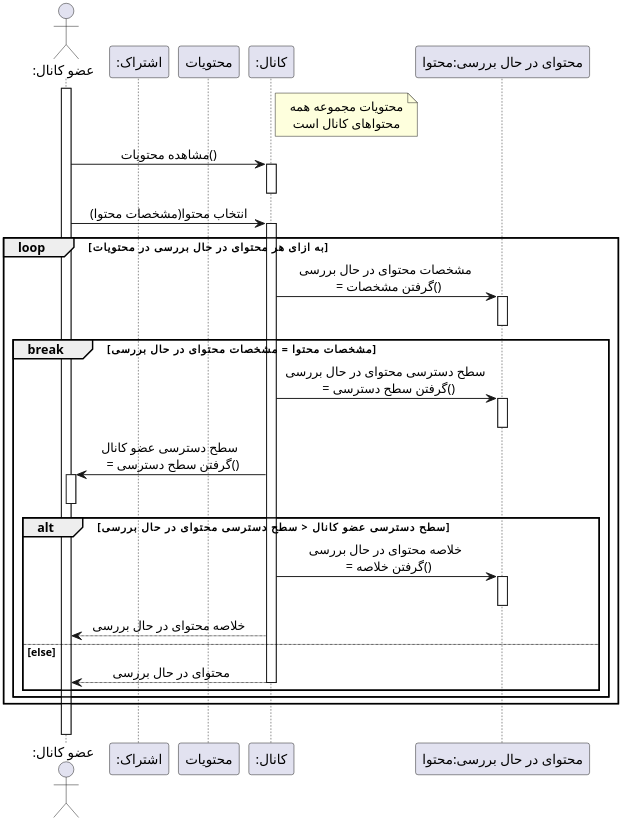
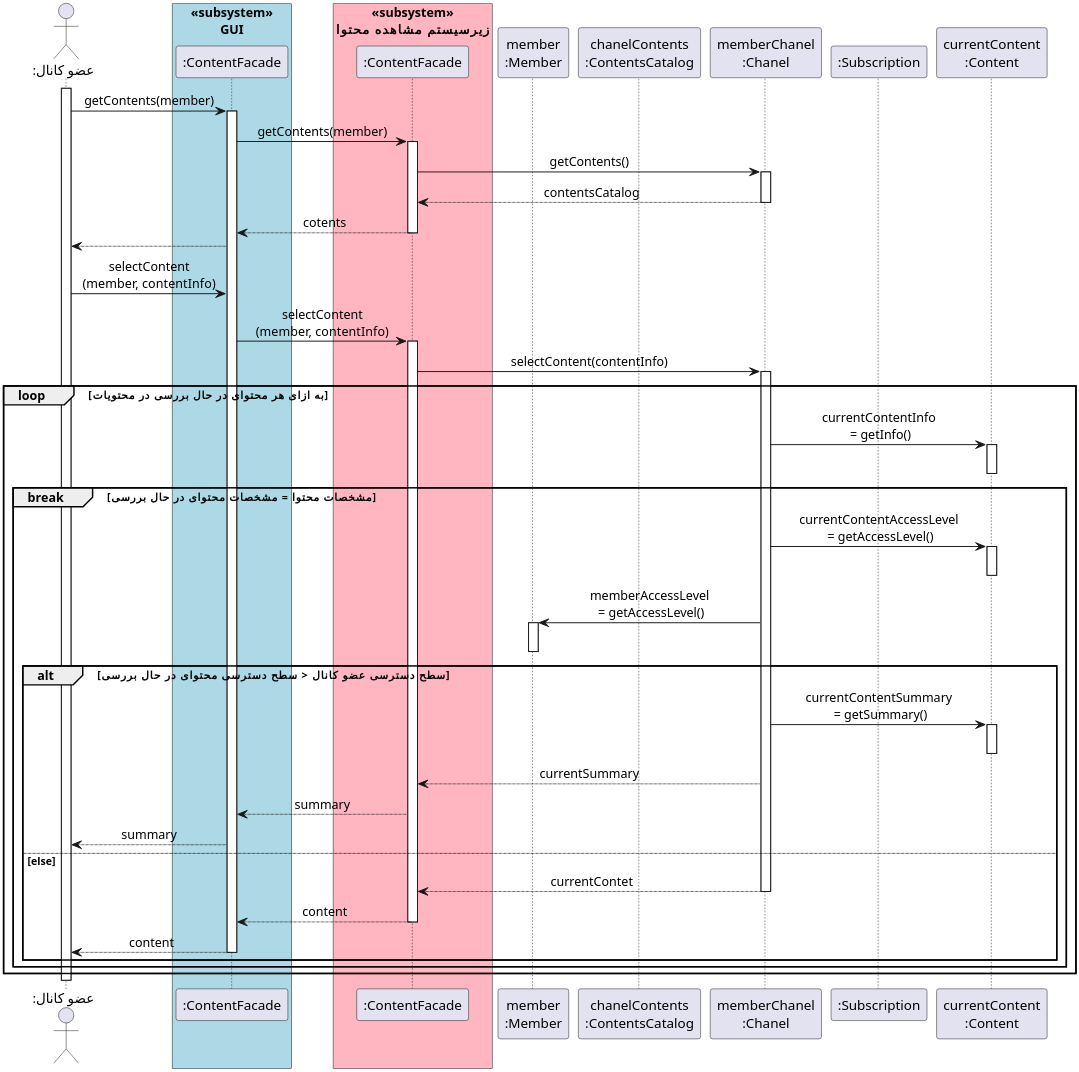
One commit to soleyman79/Qasedak changed the diagram in Diagrams/Design Sequence/SeeContent.puml. Above: the diagram before and after it, drawn with PlantUML.

Commit message:
Add see content

```diff
--- a/Diagrams/Design Sequence/SeeContent.puml
+++ b/Diagrams/Design Sequence/SeeContent.puml
@@ -1,59 +1,76 @@
 @startuml see_content
 
 
 scale 3
 skinparam DefaultFontName Vazir
 skinparam DefaultTextAlignment center
 
 
 actor ":عضو کانال" as member
-participant ":اشتراک" as subscription
-participant "محتویات" as contents
-participant ":کانال" as chanel
-participant "محتوای در حال بررسی:محتوا" as current_content
+box "«subsystem»\nGUI" #LightBlue
+participant ":ContentFacade" as ui
+end box
+box "«subsystem»\nزیرسیستم مشاهده محتوا" #LightPink
+participant ":ContentFacade" as contentFacade
+end box
+participant "member\n:Member" as memberObj
+participant "chanelContents\n:ContentsCatalog" as contents
+participant "memberChanel\n:Chanel" as chanel
+participant ":Subscription" as subscription
+participant "currentContent\n:Content" as currentContent
 
-note right chanel
-محتویات مجموعه همه
-محتواهای کانال است
-end note
 
 activate member
-member -> chanel : مشاهده محتویات()
+member -> ui: getContents(member)
+activate ui
+ui -> contentFacade: getContents(member)
+activate contentFacade
+contentFacade -> chanel: getContents()
 activate chanel
+chanel --> contentFacade: contentsCatalog
 deactivate chanel
+contentFacade --> ui: cotents
+deactivate contentFacade
+ui --> member
 
-member -> chanel : انتخاب محتوا(مشخصات محتوا)
+member -> ui : selectContent\n(member, contentInfo)
+ui -> contentFacade: selectContent\n(member, contentInfo)
+activate contentFacade
+contentFacade -> chanel: selectContent(contentInfo)
 activate chanel
-
 loop به ازای هر محتوای در حال بررسی در محتویات
-    chanel -> current_content : مشخصات محتوای در حال بررسی \n = گرفتن مشخصات()
-    activate current_content
-    deactivate current_content
+    chanel -> currentContent : currentContentInfo\n = getInfo()
+    activate currentContent
+    deactivate currentContent
     
     break مشخصات محتوا = مشخصات محتوای در حال بررسی
-        chanel -> current_content : سطح دسترسی محتوای در حال بررسی \n = گرفتن سطح دسترسی()
-        activate current_content
-        deactivate current_content
+        chanel -> currentContent: currentContentAccessLevel\n = getAccessLevel()
+        activate currentContent
+        deactivate currentContent
         
-        chanel -> member : سطح دسترسی عضو کانال \n = گرفتن سطح دسترسی()
-        activate member
-        deactivate member
+        chanel -> memberObj: memberAccessLevel\n = getAccessLevel()
+        activate memberObj
+        deactivate memberObj
         
         alt سطح دسترسی عضو کانال < سطح دسترسی محتوای در حال بررسی
-            chanel -> current_content : خلاصه محتوای در حال بررسی \n = گرفتن خلاصه()
-            activate current_content
-            deactivate current_content
-            chanel --> member : خلاصه محتوای در حال بررسی
+            chanel -> currentContent: currentContentSummary\n = getSummary()
+            activate currentContent
+            deactivate currentContent
+            chanel --> contentFacade: currentSummary
+            contentFacade --> ui: summary
+            ui --> member: summary
         else else
-            chanel --> member : محتوای در حال بررسی 
+            chanel --> contentFacade: currentContet
             deactivate chanel
+            contentFacade --> ui: content
+            deactivate contentFacade
+            ui --> member: content
+            deactivate ui
         end
     end
 end
 
-|||
-deactivate chanel
 deactivate member
 
 
 @enduml
```
